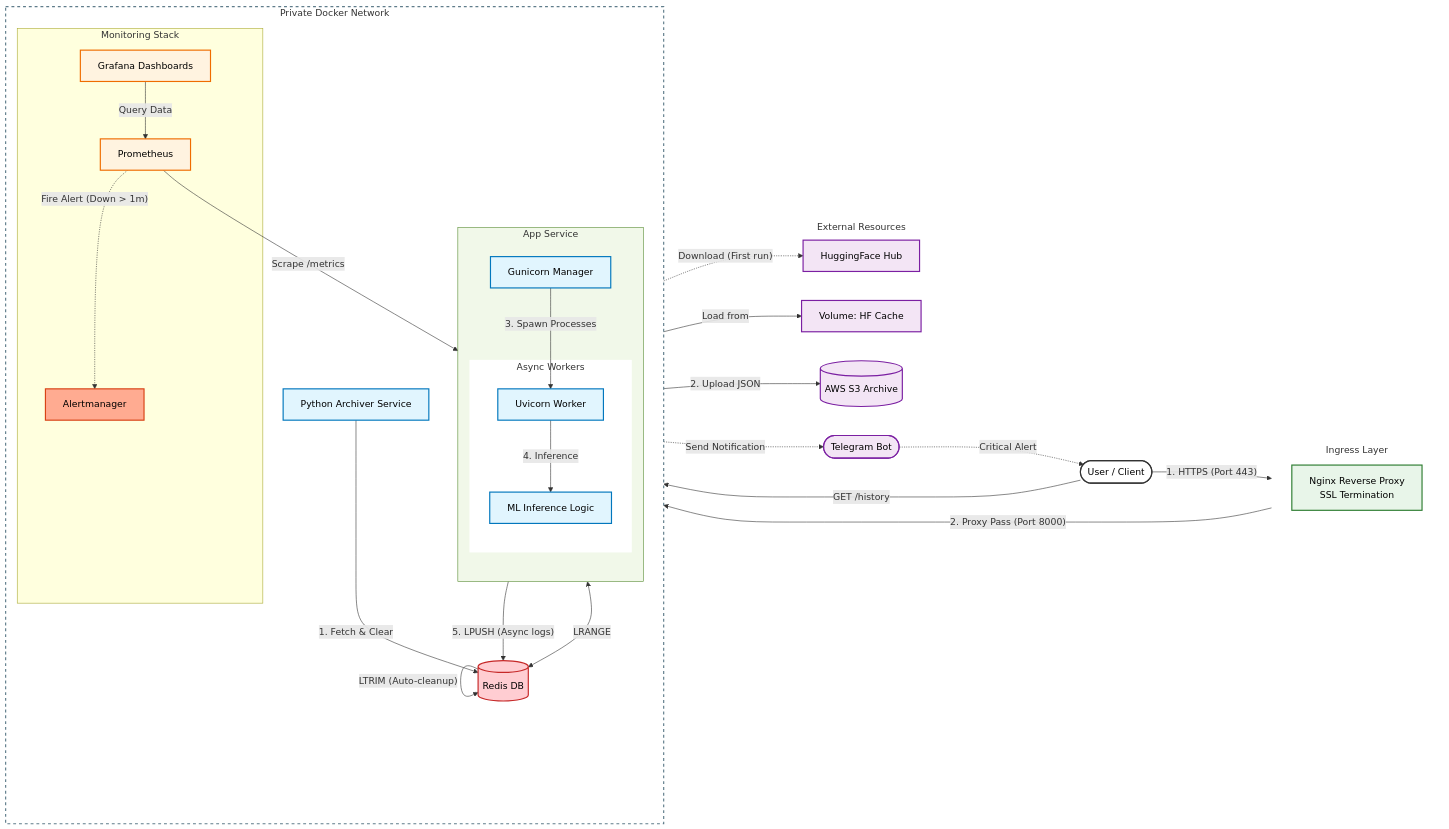
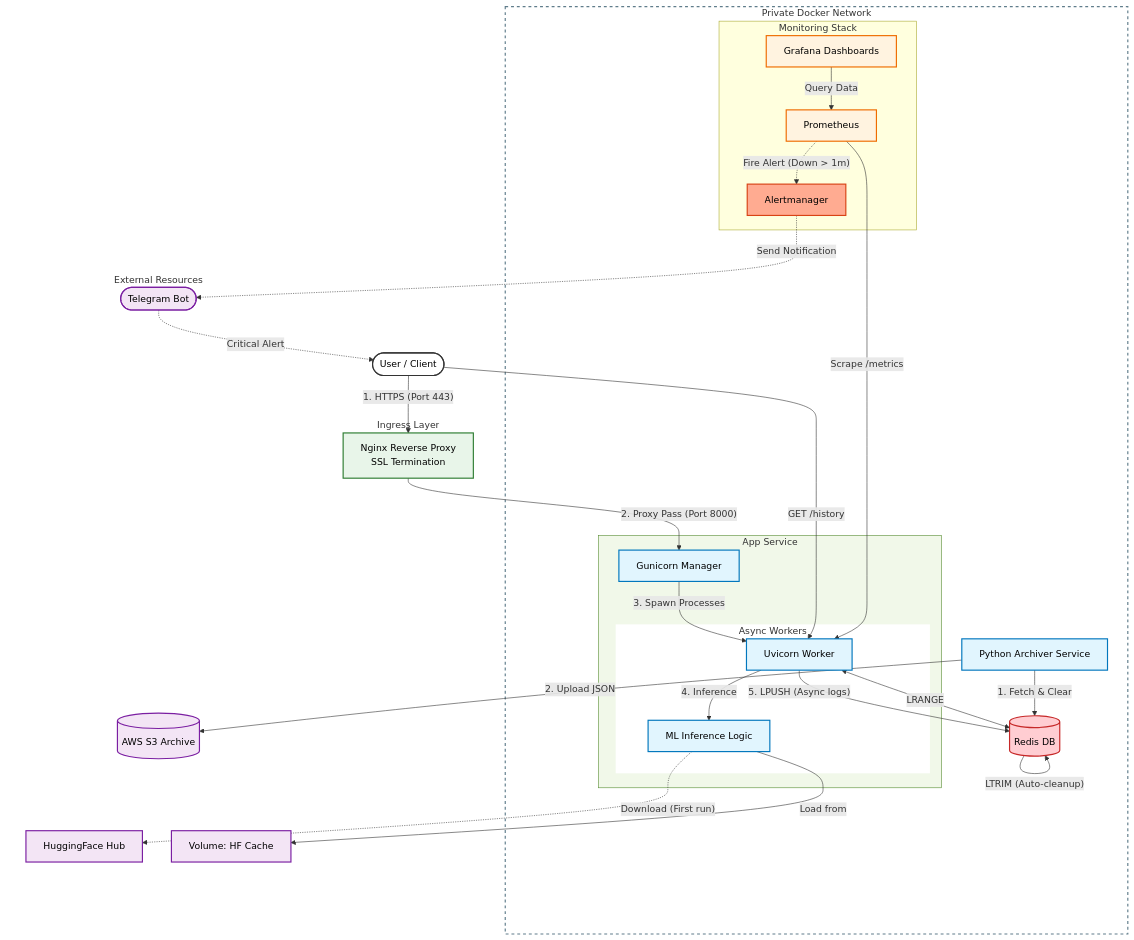
Before and after one commit to Western-1/sentiment-analysis-service: the diagram in README.md, drawn with Mermaid.

Commit message:
docs: readme - new mermaid graph format

````diff
--- a/README.md
+++ b/README.md
@@ -30,5 +30,5 @@
 ```mermaid
-graph LR
+graph TD
   %% --- Styling Definitions ---
   classDef app fill:#e1f5fe,stroke:#0277bd,stroke-width:2px,color:#000
   classDef db fill:#ffcdd2,stroke:#c62828,stroke-width:2px,color:#000
@@ -43,17 +43,14 @@
 
   %% --- Ingress Layer (Production) ---
   subgraph Ingress [Ingress Layer]
-    direction TB
     Nginx[Nginx Reverse Proxy<br/>SSL Termination]:::proxy
   end
 
   %% --- Private Docker Network ---
   subgraph DockerNet [Private Docker Network]
-    direction TB
-
+    
     %% App Service
     subgraph Container_App [App Service]
-      direction TB
       Gunicorn[Gunicorn Manager]:::app
       subgraph Workers [Async Workers]
         Uvicorn[Uvicorn Worker]:::app
@@ -61,10 +58,8 @@
       end
     end
 
-    %% Archiver (Active Data Pipeline)
+    %% Archiver & Storage
     Archiver[Python Archiver Service]:::app
-
-    %% Storage Service
     Redis[(Redis DB)]:::db
 
     %% Monitoring Stack
````
